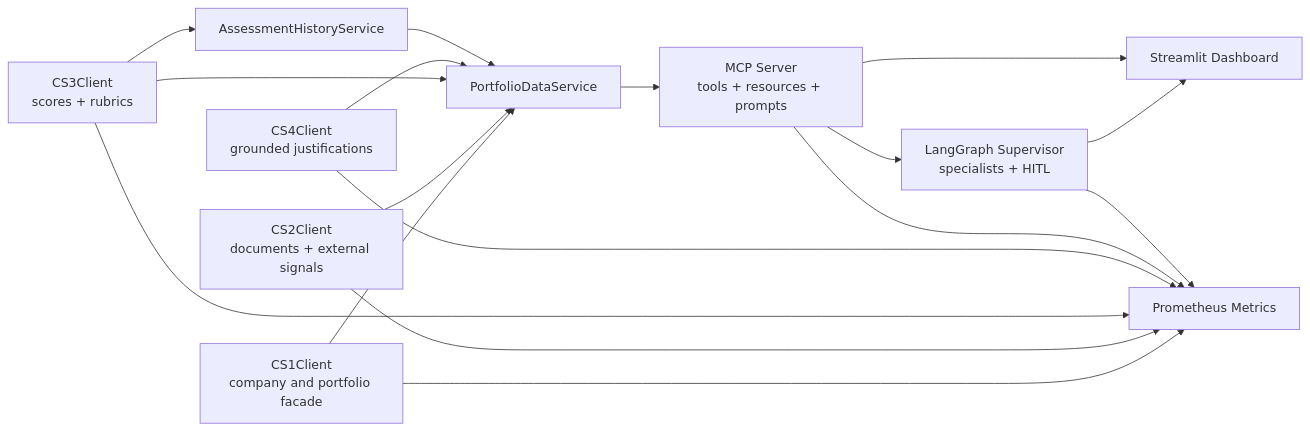
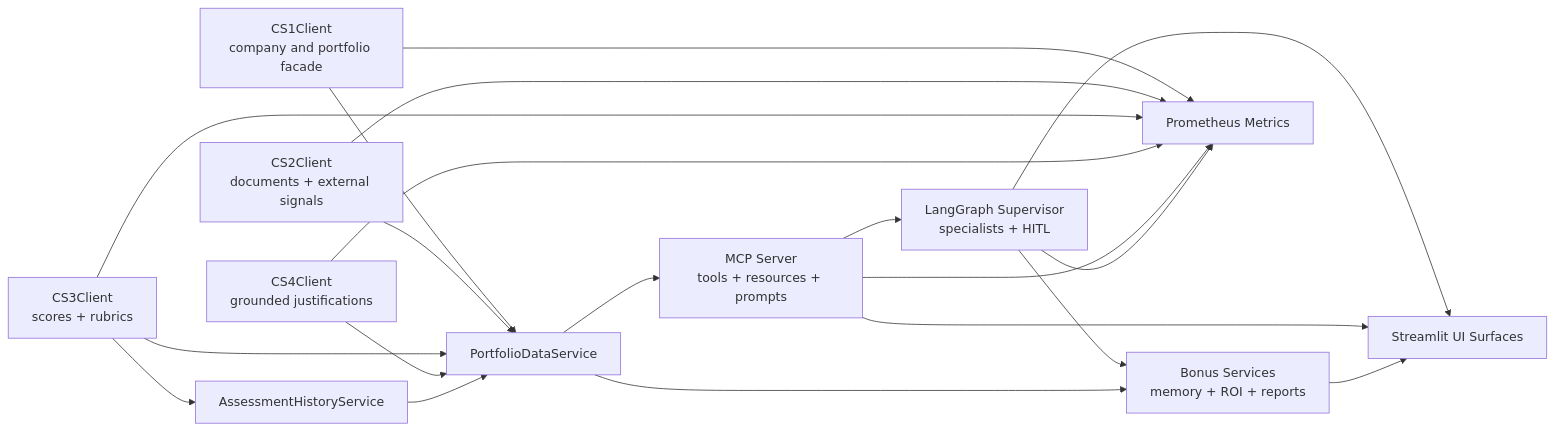
The diagram in pe-org-air-platform/docs/architecture.md (BigDataIA-Spring26-Team-1/DAMG7245-CaseStudy-05-Agentic-Portfolio-Intelligence), drawn with Mermaid before and after one commit. The commit also changed other lines of this file and 45 other files, not shown here.

````diff
--- a/pe-org-air-platform/docs/architecture.md
+++ b/pe-org-air-platform/docs/architecture.md
@@ -7,30 +7,34 @@
 ```mermaid
 flowchart LR
     CS1[CS1Client<br/>company and portfolio facade]
     CS2[CS2Client<br/>documents + external signals]
     CS3[CS3Client<br/>scores + rubrics]
     CS4[CS4Client<br/>grounded justifications]
     PDS[PortfolioDataService]
     Hist[AssessmentHistoryService]
     MCP[MCP Server<br/>tools + resources + prompts]
     Agents[LangGraph Supervisor<br/>specialists + HITL]
+    Bonus[Bonus Services<br/>memory + ROI + reports]
     Metrics[Prometheus Metrics]
-    UI[Streamlit Dashboard]
+    UI[Streamlit UI Surfaces]
 
     CS1 --> PDS
     CS2 --> PDS
     CS3 --> PDS
     CS4 --> PDS
     CS3 --> Hist
     Hist --> PDS
     PDS --> MCP
     MCP --> Agents
+    Agents --> Bonus
+    PDS --> Bonus
     Agents --> UI
     MCP --> UI
+    Bonus --> UI
     CS1 --> Metrics
     CS2 --> Metrics
     CS3 --> Metrics
     CS4 --> Metrics
     MCP --> Metrics
     Agents --> Metrics
 ```
````
